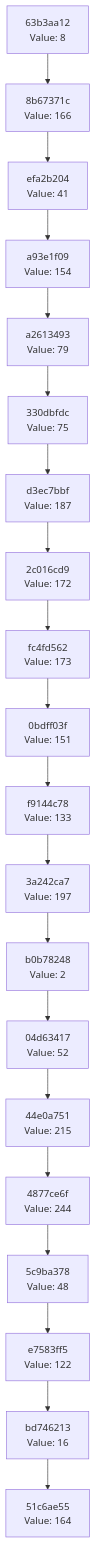
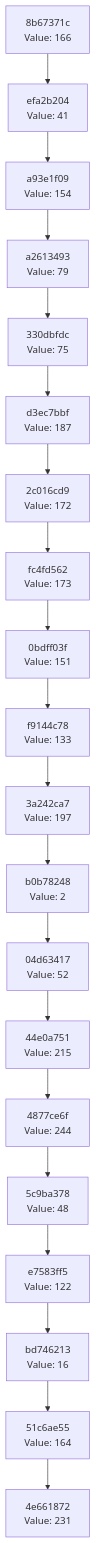
One commit to Abhisheksinha1506/hash-chain-evolver changed the diagram in docs/CHAIN_VISUALIZATION.md. Above: the diagram before and after it, drawn with Mermaid. The commit also changed 3 other files, not shown here.

````diff
--- a/docs/CHAIN_VISUALIZATION.md
+++ b/docs/CHAIN_VISUALIZATION.md
@@ -3,42 +3,42 @@
 ```mermaid
 graph TD
-    C0["51c6ae55<br/>Value: 164"]
-    C1["bd746213<br/>Value: 16"]
+    C0["4e661872<br/>Value: 231"]
+    C1["51c6ae55<br/>Value: 164"]
     C1 --> C0
-    C2["e7583ff5<br/>Value: 122"]
+    C2["bd746213<br/>Value: 16"]
     C2 --> C1
-    C3["5c9ba378<br/>Value: 48"]
+    C3["e7583ff5<br/>Value: 122"]
     C3 --> C2
-    C4["4877ce6f<br/>Value: 244"]
+    C4["5c9ba378<br/>Value: 48"]
     C4 --> C3
-    C5["44e0a751<br/>Value: 215"]
+    C5["4877ce6f<br/>Value: 244"]
     C5 --> C4
-    C6["04d63417<br/>Value: 52"]
+    C6["44e0a751<br/>Value: 215"]
     C6 --> C5
-    C7["b0b78248<br/>Value: 2"]
+    C7["04d63417<br/>Value: 52"]
     C7 --> C6
-    C8["3a242ca7<br/>Value: 197"]
+    C8["b0b78248<br/>Value: 2"]
     C8 --> C7
-    C9["f9144c78<br/>Value: 133"]
+    C9["3a242ca7<br/>Value: 197"]
     C9 --> C8
-    C10["0bdff03f<br/>Value: 151"]
+    C10["f9144c78<br/>Value: 133"]
     C10 --> C9
-    C11["fc4fd562<br/>Value: 173"]
+    C11["0bdff03f<br/>Value: 151"]
     C11 --> C10
-    C12["2c016cd9<br/>Value: 172"]
+    C12["fc4fd562<br/>Value: 173"]
     C12 --> C11
-    C13["d3ec7bbf<br/>Value: 187"]
+    C13["2c016cd9<br/>Value: 172"]
     C13 --> C12
-    C14["330dbfdc<br/>Value: 75"]
+    C14["d3ec7bbf<br/>Value: 187"]
     C14 --> C13
-    C15["a2613493<br/>Value: 79"]
+    C15["330dbfdc<br/>Value: 75"]
     C15 --> C14
-    C16["a93e1f09<br/>Value: 154"]
+    C16["a2613493<br/>Value: 79"]
     C16 --> C15
-    C17["efa2b204<br/>Value: 41"]
+    C17["a93e1f09<br/>Value: 154"]
     C17 --> C16
-    C18["8b67371c<br/>Value: 166"]
+    C18["efa2b204<br/>Value: 41"]
     C18 --> C17
-    C19["63b3aa12<br/>Value: 8"]
+    C19["8b67371c<br/>Value: 166"]
     C19 --> C18
 ```
````
